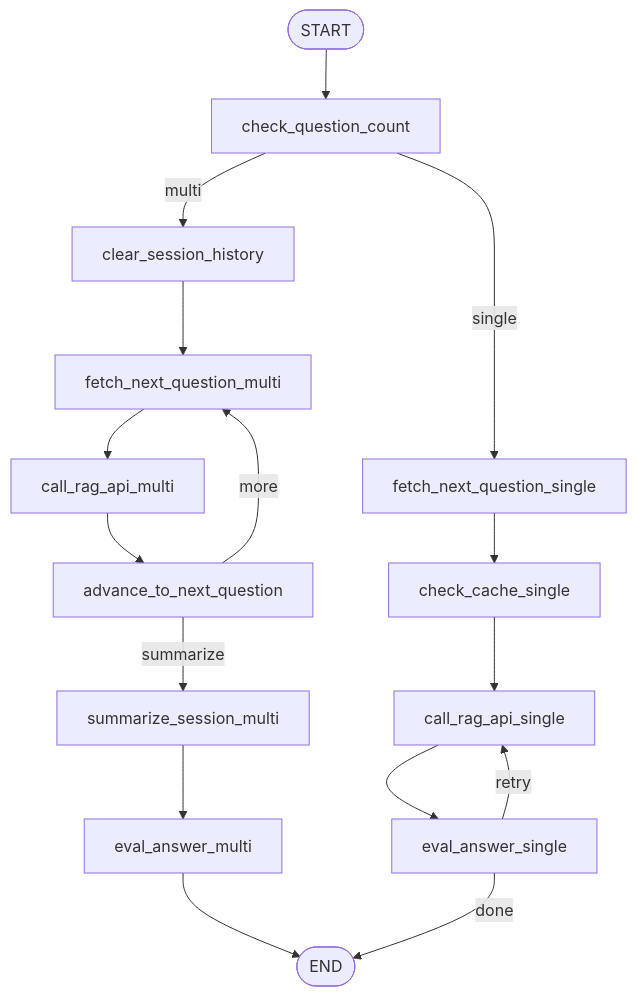
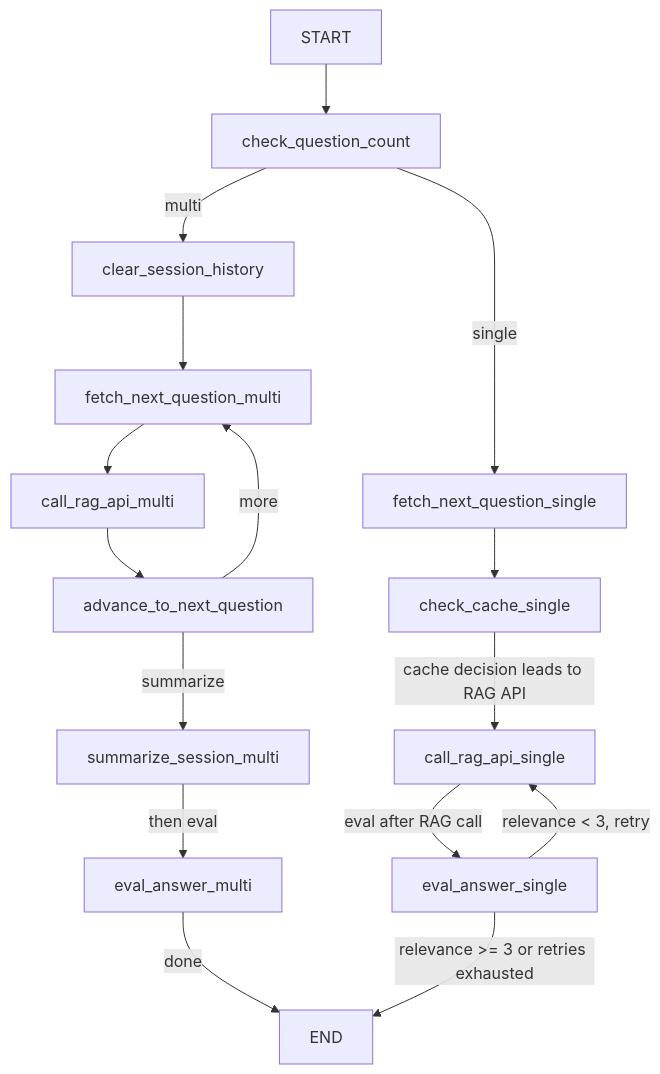
Before and after one commit to vency-ai/RAG-Workflow-System: the diagram in OrchestraRAG/README.md, drawn with Mermaid.

````diff
--- a/OrchestraRAG/README.md
+++ b/OrchestraRAG/README.md
@@ -19,16 +19,33 @@
 ```mermaid
-flowchart TD
-    START([START]) --> CQC[check_question_count]
-    CQC -->|multi| CSH[clear_session_history]
-    CQC -->|single| FNQ_S[fetch_next_question_single]
-    CSH --> FNQ_M[fetch_next_question_multi]
-    FNQ_M --> CRA_M[call_rag_api_multi]
-    CRA_M --> ATNQ_M[advance_to_next_question]
+graph TD
+    START[START]
+    CQC[check_question_count]
+    CSH[clear_session_history]
+    FNQ_S[fetch_next_question_single]
+    CHK_S[check_cache_single]
+    CRA_S[call_rag_api_single]
+    EVAL_S[eval_answer_single]
+    FNQ_M[fetch_next_question_multi]
+    CRA_M[call_rag_api_multi]
+    ATNQ_M[advance_to_next_question]
+    SUM_M[summarize_session_multi]
+    EVAL_M[eval_answer_multi]
+    END[END]
+
+    START --> CQC
+    CQC -->|multi| CSH
+    CQC -->|single| FNQ_S
+    CSH --> FNQ_M
+    FNQ_M --> CRA_M
+    CRA_M --> ATNQ_M
     ATNQ_M -->|more| FNQ_M
-    ATNQ_M -->|summarize| SUM_M[summarize_session_multi]
-    SUM_M --> EVAL_M[eval_answer_multi] --> END([END])
-    FNQ_S --> CHK_S[check_cache_single] --> CRA_S[call_rag_api_single]
-    CRA_S --> EVAL_S[eval_answer_single]
-    EVAL_S -->|retry| CRA_S
-    EVAL_S -->|done| END
+    ATNQ_M -->|summarize| SUM_M
+    SUM_M -->|then eval| EVAL_M
+    EVAL_M -->|done| END
+
+    FNQ_S --> CHK_S
+    CHK_S -->|cache decision leads to RAG API| CRA_S
+    CRA_S -->|eval after RAG call| EVAL_S
+    EVAL_S -->|relevance < 3, retry| CRA_S
+    EVAL_S -->|relevance >= 3 or retries exhausted| END
 ```
````
